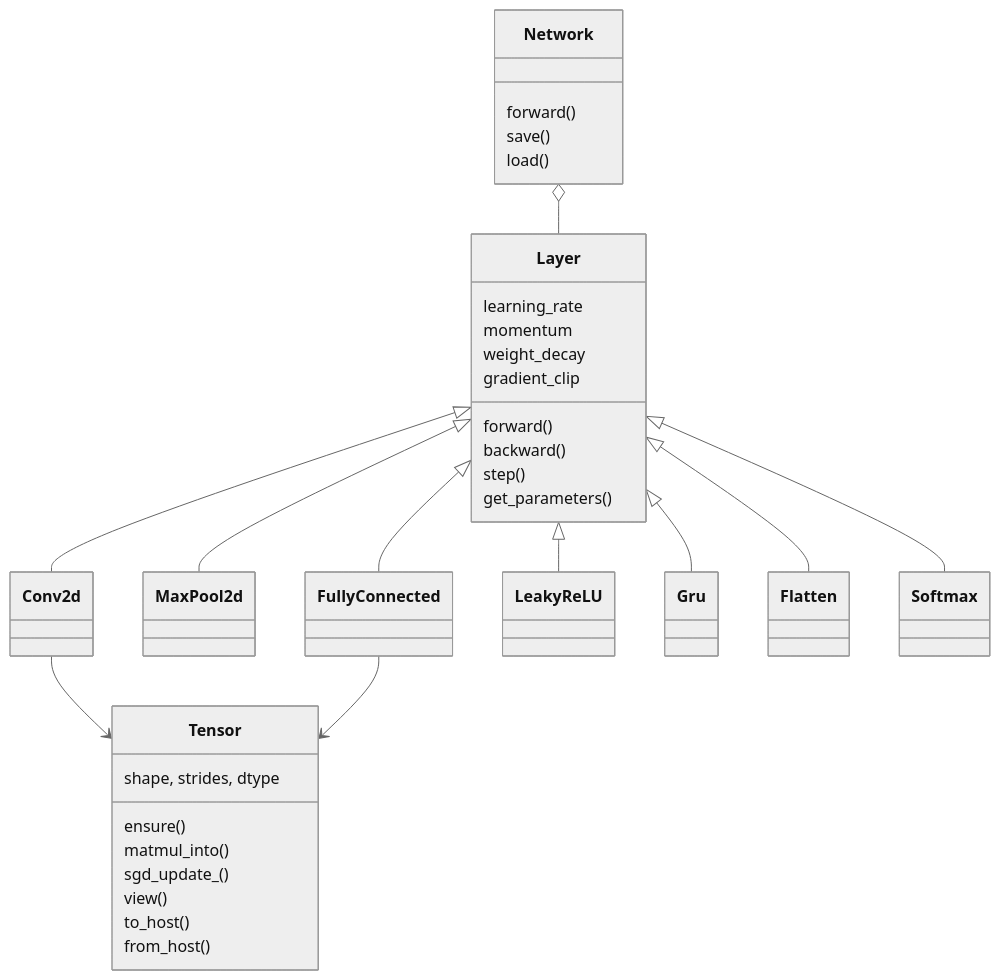
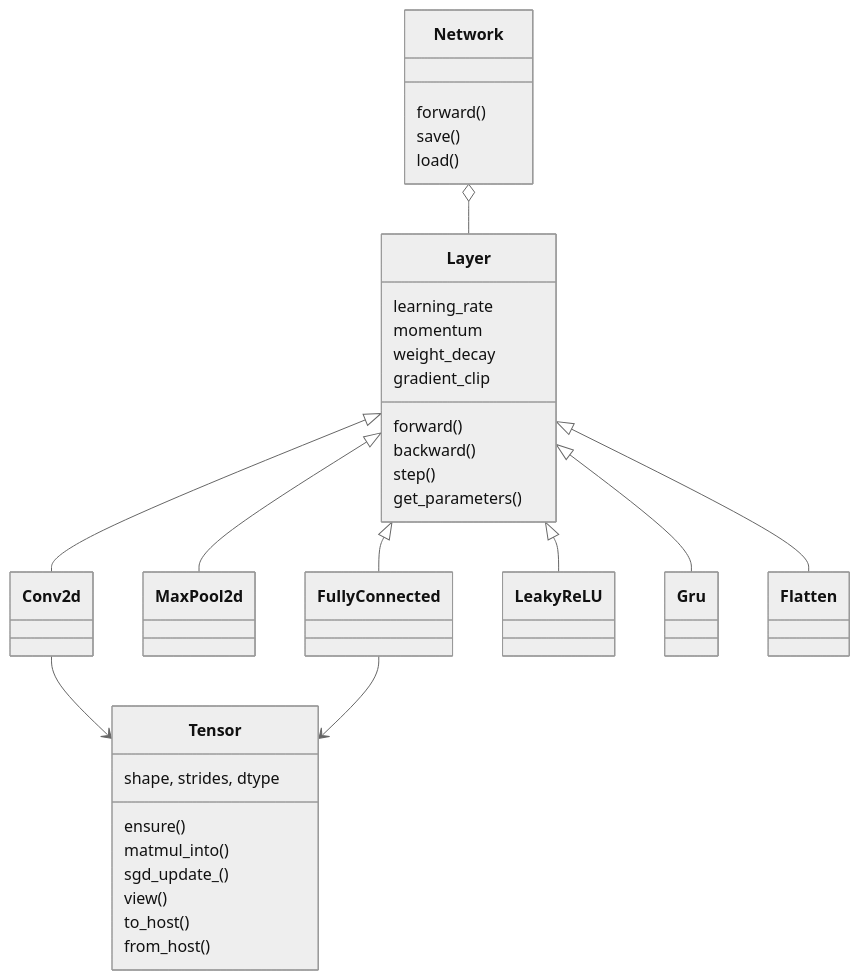
Before and after one commit to Kemo321/Bachelor-Thesis: the diagram in docs/library/overview.md, drawn with Mermaid (neutral theme). The commit also changed other lines of this file and 14 other files, not shown here.

First line of the commit message:
Remove the Softmax layer that training never calls.

````diff
--- a/docs/library/overview.md
+++ b/docs/library/overview.md
@@ -23,41 +23,40 @@
 ```mermaid
 classDiagram
     class Tensor {
         shape, strides, dtype
         ensure()
         matmul_into()
         sgd_update_()
         view()
         to_host()
         from_host()
     }
 
     class Layer {
         learning_rate
         momentum
         weight_decay
         gradient_clip
         forward()
         backward()
         step()
         get_parameters()
     }
 
     class Network {
         forward()
         save()
         load()
     }
 
     Layer <|-- Conv2d
     Layer <|-- MaxPool2d
     Layer <|-- FullyConnected
     Layer <|-- LeakyReLU
     Layer <|-- Gru
     Layer <|-- Flatten
-    Layer <|-- Softmax
 
     Network o-- Layer
     Conv2d --> Tensor
     FullyConnected --> Tensor
 ```
````
